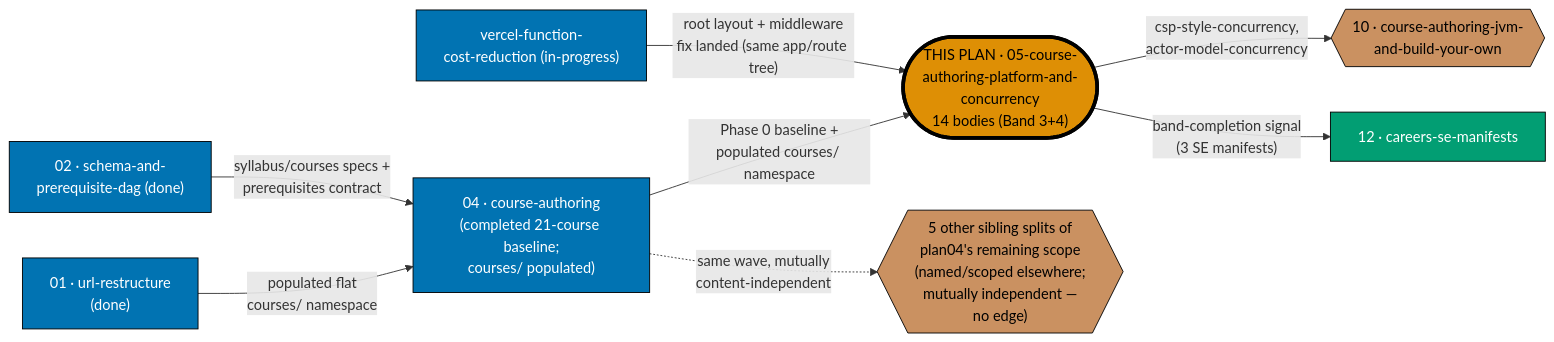
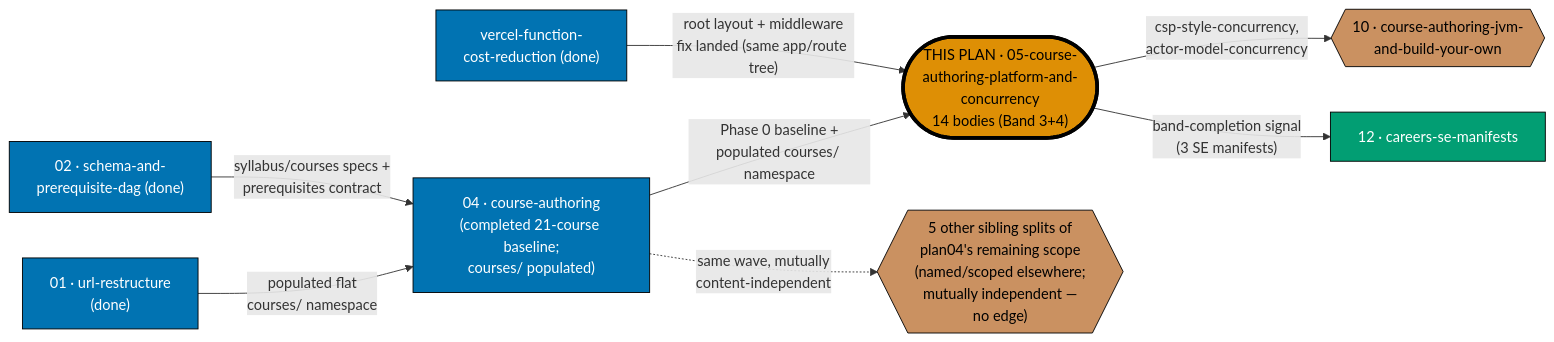
One commit to wahidyankf/open-sharia-fintech changed the diagram in plans/done/2026-08-04__ayokoding-learning-path-05-course-authoring-platform-and-concurrency/README.md. Above: the diagram before and after it, drawn with Mermaid. The commit also changed other lines of this file and 15 other files, not shown here.

````diff
--- a/plans/done/2026-08-04__ayokoding-learning-path-05-course-authoring-platform-and-concurrency/README.md
+++ b/plans/done/2026-08-04__ayokoding-learning-path-05-course-authoring-platform-and-concurrency/README.md
@@ -74,30 +77,30 @@
 ```mermaid
 %% This plan's position among plan04's course-authoring content and its known dependents.
 %% Node SHAPE encodes plan kind: rectangle = upstream architecture plan, hexagon = sibling
 %% course-authoring content plan, stadium = this plan, parallelogram = downstream consumer.
 %% The doubled border marks this plan.
 flowchart LR
     P1["01 · url-restructure<br/>(done)"]:::upstream
     P2["02 · schema-and-<br/>prerequisite-dag (done)"]:::upstream
     P4["04 · course-authoring<br/>(completed 21-course baseline;<br/>courses/ populated)"]:::upstream
-    VFR["vercel-function-<br/>cost-reduction (in-progress)"]:::upstream
+    VFR["vercel-function-<br/>cost-reduction (done)"]:::upstream
 
     THIS(["THIS PLAN · 05-course-<br/>authoring-platform-and-<br/>concurrency<br/>14 bodies (Band 3+4)"]):::this
 
     OTHER{{"5 other sibling splits of<br/>plan04's remaining scope<br/>(named/scoped elsewhere;<br/>mutually independent —<br/>no edge)"}}:::sibling
     P10{{"10 · course-authoring-jvm-<br/>and-build-your-own"}}:::sibling
     P12["12 · careers-se-manifests"]:::downstream
 
     P1 -->|"populated flat<br/>courses/ namespace"| P4
     P2 -->|"syllabus/courses specs +<br/>prerequisites contract"| P4
     P4 -->|"Phase 0 baseline +<br/>populated courses/ namespace"| THIS
     VFR -->|"root layout + middleware<br/>fix landed (same app/route tree)"| THIS
     THIS -->|"csp-style-concurrency,<br/>actor-model-concurrency"| P10
     THIS -->|"band-completion signal<br/>(3 SE manifests)"| P12
     P4 -.->|"same wave, mutually<br/>content-independent"| OTHER
 
     classDef upstream fill:#0173B2,stroke:#000000,color:#FFFFFF
     classDef this fill:#DE8F05,stroke:#000000,color:#000000,stroke-width:4px
     classDef sibling fill:#CA9161,stroke:#000000,color:#000000
     classDef downstream fill:#029E73,stroke:#000000,color:#FFFFFF
 ```
````
